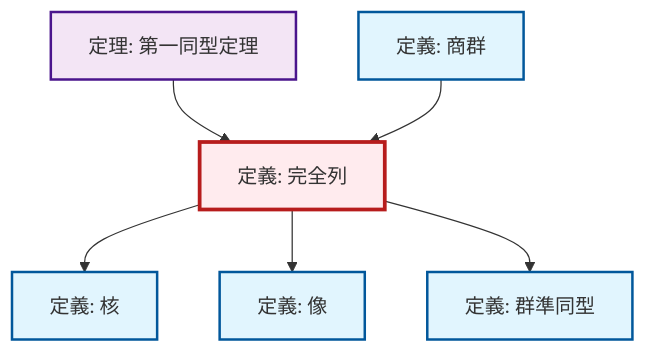
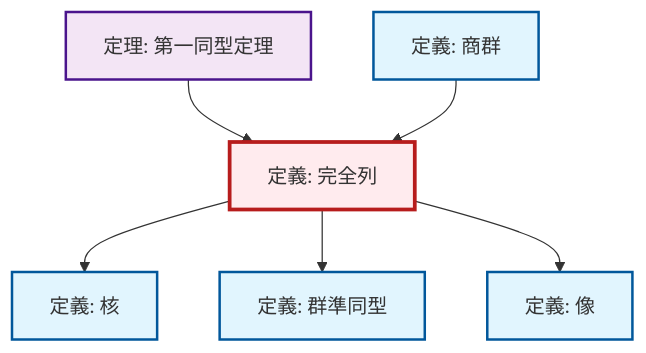
The diagram in content/ja/algebra/def-exact-sequence.qmd (RK0429/ModernMath), drawn with Mermaid before and after one commit. The commit also changed other lines of this file and 1012 other files, not shown here.

````diff
--- a/content/ja/algebra/def-exact-sequence.qmd
+++ b/content/ja/algebra/def-exact-sequence.qmd
@@ -106,26 +106,26 @@
 ```{mermaid}
 %%| fig-cap: "Local dependency graph"
 graph TD
     classDef definition fill:#e1f5fe,stroke:#01579b,stroke-width:2px
     classDef theorem fill:#f3e5f5,stroke:#4a148c,stroke-width:2px
     classDef axiom fill:#fff3e0,stroke:#e65100,stroke-width:2px
     classDef example fill:#e8f5e9,stroke:#1b5e20,stroke-width:2px
     classDef current fill:#ffebee,stroke:#b71c1c,stroke-width:3px
+    def-kernel["定義: 核"]:::definition
     def-image["定義: 像"]:::definition
+    def-quotient-group["定義: 商群"]:::definition
+    def-homomorphism["定義: 群準同型"]:::definition
     def-exact-sequence["定義: 完全列"]:::definition
     thm-first-isomorphism["定理: 第一同型定理"]:::theorem
-    def-quotient-group["定義: 商群"]:::definition
-    def-homomorphism["定義: 群準同型"]:::definition
-    def-kernel["定義: 核"]:::definition
     def-exact-sequence --> def-kernel
+    def-exact-sequence --> def-homomorphism
     thm-first-isomorphism --> def-exact-sequence
     def-exact-sequence --> def-image
     def-quotient-group --> def-exact-sequence
-    def-exact-sequence --> def-homomorphism
     class def-exact-sequence current
+    click def-kernel "def-kernel.html" "核の定義へ"
     click def-image "def-image.html" "像の定義へ"
-    click thm-first-isomorphism "thm-first-isomorphism.html" "第一同型定理の定理へ"
     click def-quotient-group "def-quotient-group.html" "商群の定義へ"
     click def-homomorphism "def-homomorphism.html" "群準同型の定義へ"
-    click def-kernel "def-kernel.html" "核の定義へ"
+    click thm-first-isomorphism "thm-first-isomorphism.html" "第一同型定理の定理へ"
 ```
````
